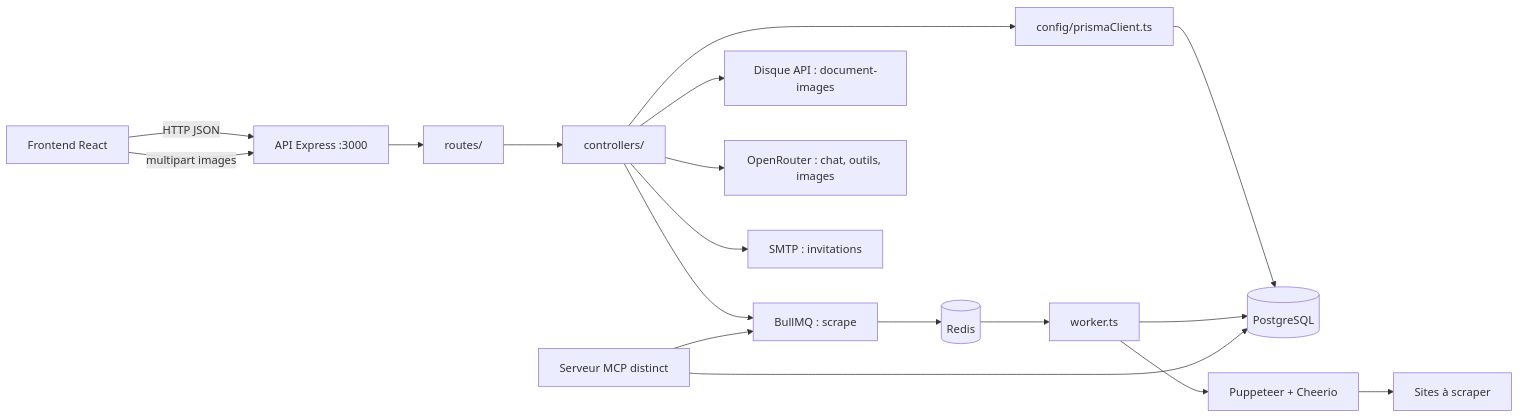
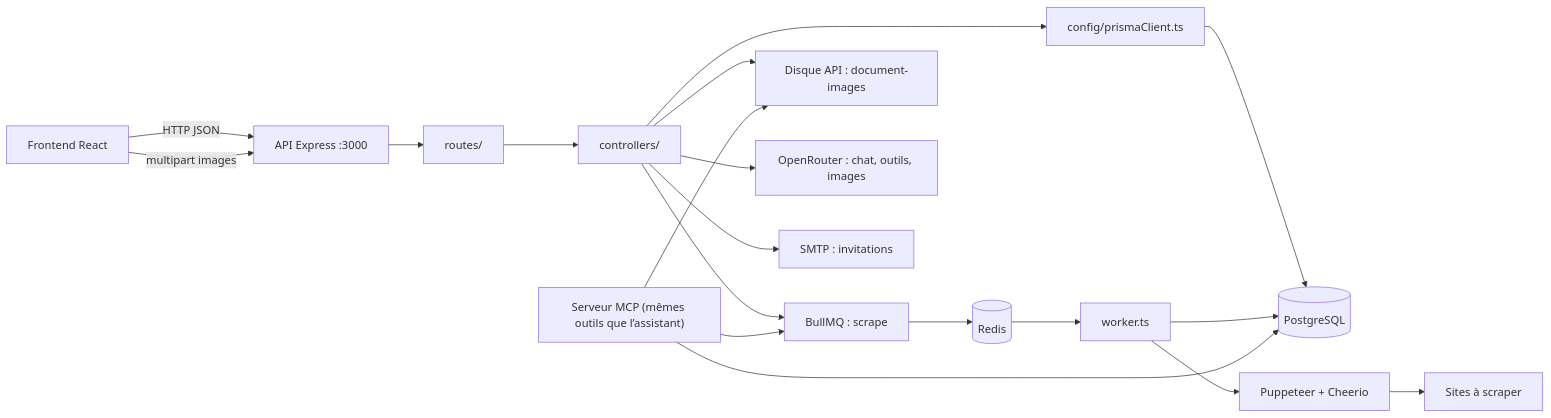
One commit to Tritounet1/tritou-notes changed the first of 2 diagrams in docs/schemas/api/architecture.md. Above: the diagram before and after it, drawn with Mermaid. The commit also changed other lines of this file and 35 other files, not shown here.

First line of the commit message:
refactor(mcp)!: serve the assistant's tools from the API

````diff
--- a/docs/schemas/api/architecture.md
+++ b/docs/schemas/api/architecture.md
@@ -5,20 +5,21 @@
 ```mermaid
 flowchart LR
     App["Frontend React"] -->|HTTP JSON| Express["API Express :3000"]
     Express --> Routes["routes/"]
     Routes --> Controllers["controllers/"]
     Controllers --> Prisma["config/prismaClient.ts"]
     Prisma --> DB[(PostgreSQL)]
     Controllers --> Queue["BullMQ : scrape"]
     Queue --> Redis[(Redis)]
     Redis --> Worker["worker.ts"]
     Worker --> DB
     Worker --> Browser["Puppeteer + Cheerio"]
     Browser --> Web["Sites à scraper"]
     App -->|multipart images| Express
     Controllers --> Files["Disque API : document-images"]
     Controllers --> AI["OpenRouter : chat, outils, images"]
     Controllers --> Mail["SMTP : invitations"]
-    MCP["Serveur MCP distinct"] --> DB
+    MCP["Serveur MCP (mêmes outils que l’assistant)"] --> DB
     MCP --> Queue
+    MCP --> Files
 ```
````
